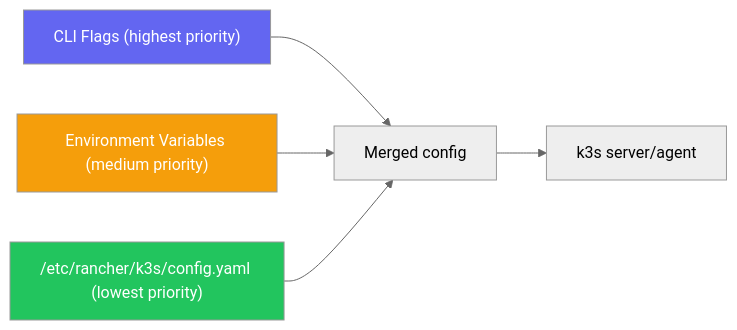
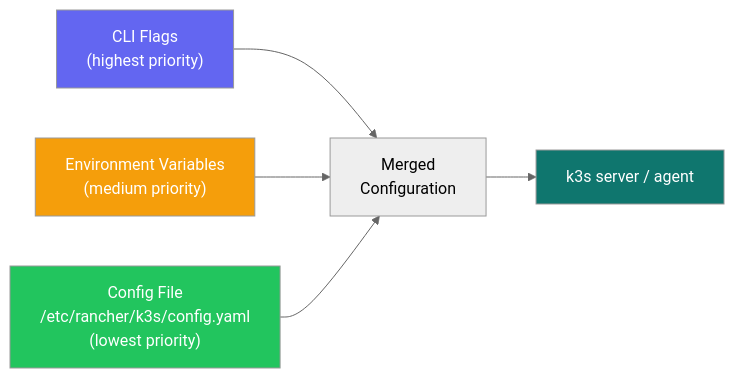
The first of 3 diagrams in 02_installation/02_installation_options_flags.md (UncleJS/course_k3s), drawn with Mermaid (neutral theme) before and after one commit. The commit also changed other lines of this file and 45 other files, not shown here.

First line of the commit message:
Expand all course lessons: Mermaid diagrams + rich prose across 43 files

````diff
--- a/02_installation/02_installation_options_flags.md
+++ b/02_installation/02_installation_options_flags.md
@@ -31,11 +38,12 @@
 ```mermaid
 flowchart LR
-    A["CLI Flags (highest priority)"] --> MERGE[Merged config]
-    B["Environment Variables (medium priority)"] --> MERGE
-    C["/etc/rancher/k3s/config.yaml (lowest priority)"] --> MERGE
-    MERGE --> K3S[k3s server/agent]
+    A["CLI Flags<br/>(highest priority)"] --> MERGE["Merged<br/>Configuration"]
+    B["Environment Variables<br/>(medium priority)"] --> MERGE
+    C["Config File<br/>/etc/rancher/k3s/config.yaml<br/>(lowest priority)"] --> MERGE
+    MERGE --> K3S["k3s server / agent"]
 
     style A fill:#6366f1,color:#fff
     style B fill:#f59e0b,color:#fff
     style C fill:#22c55e,color:#fff
+    style K3S fill:#0f766e,color:#fff
 ```
````
